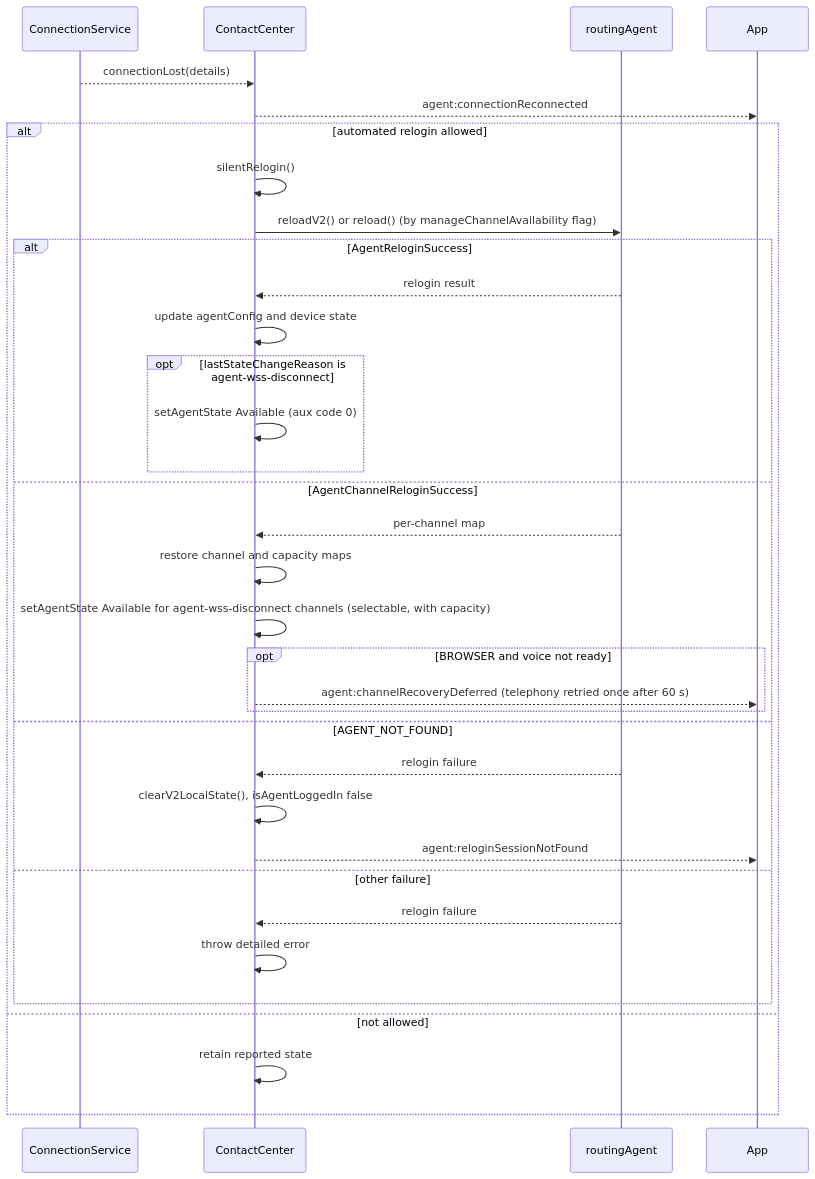
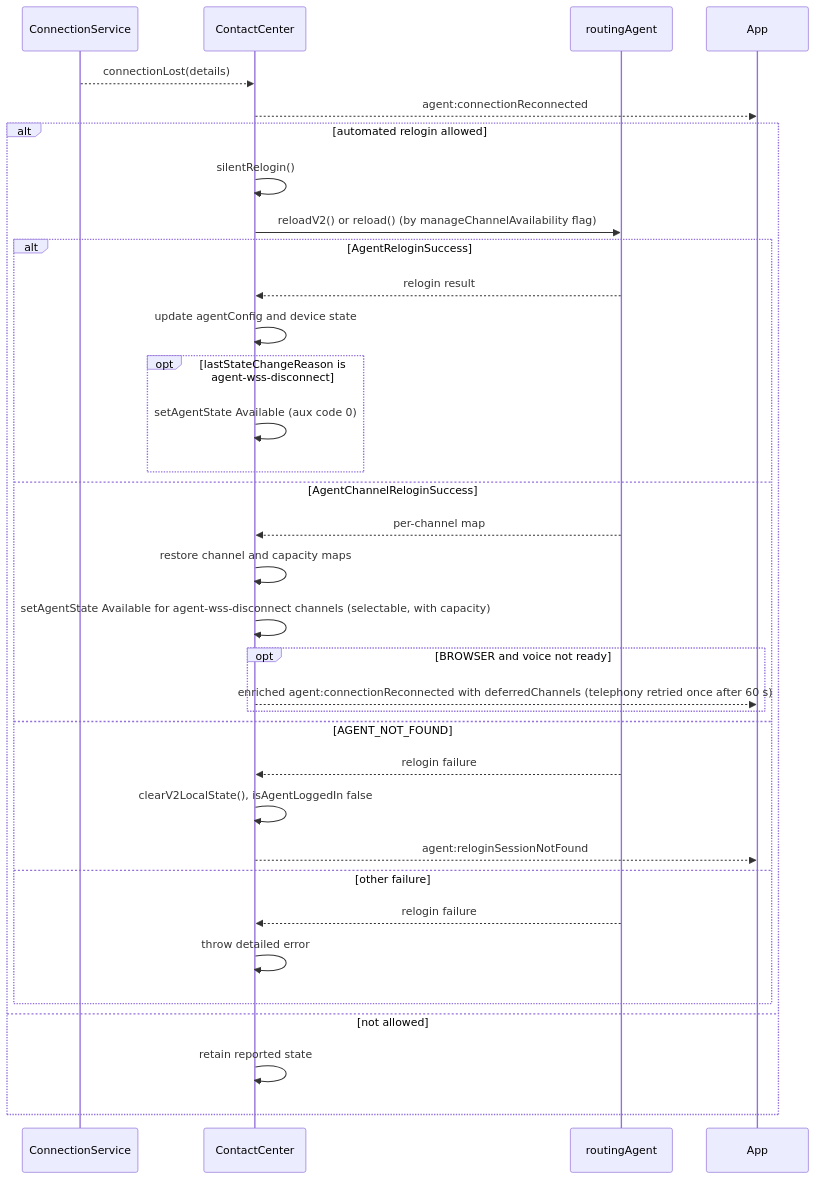
Before and after one commit to webex/webex-js-sdk: the fifth of 7 diagrams in packages/@webex/contact-center/src/services/agent/docs/README.md, drawn with Mermaid. The commit also changed other lines of this file and 9 other files, not shown here.

````diff
--- a/packages/@webex/contact-center/src/services/agent/docs/README.md
+++ b/packages/@webex/contact-center/src/services/agent/docs/README.md
@@ -512,36 +507,36 @@
 ```mermaid
 sequenceDiagram
   participant CS as ConnectionService
   participant CC as ContactCenter
   participant Agent as routingAgent
   participant App
   CS-->>CC: connectionLost(details)
   CC-->>App: agent:connectionReconnected
   alt automated relogin allowed
     CC->>CC: silentRelogin()
     CC->>Agent: reloadV2() or reload() (by manageChannelAvailability flag)
     alt AgentReloginSuccess
       Agent-->>CC: relogin result
       CC->>CC: update agentConfig and device state
       opt lastStateChangeReason is agent-wss-disconnect
         CC->>CC: setAgentState Available (aux code 0)
       end
     else AgentChannelReloginSuccess
       Agent-->>CC: per-channel map
       CC->>CC: restore channel and capacity maps
       CC->>CC: setAgentState Available for agent-wss-disconnect channels (selectable, with capacity)
       opt BROWSER and voice not ready
-        CC-->>App: agent:channelRecoveryDeferred (telephony retried once after 60 s)
+        CC-->>App: enriched agent:connectionReconnected with deferredChannels (telephony retried once after 60 s)
       end
     else AGENT_NOT_FOUND
       Agent-->>CC: relogin failure
       CC->>CC: clearV2LocalState(), isAgentLoggedIn false
       CC-->>App: agent:reloginSessionNotFound
     else other failure
       Agent-->>CC: relogin failure
       CC->>CC: throw detailed error
     end
   else not allowed
     CC->>CC: retain reported state
   end
 ```
````
